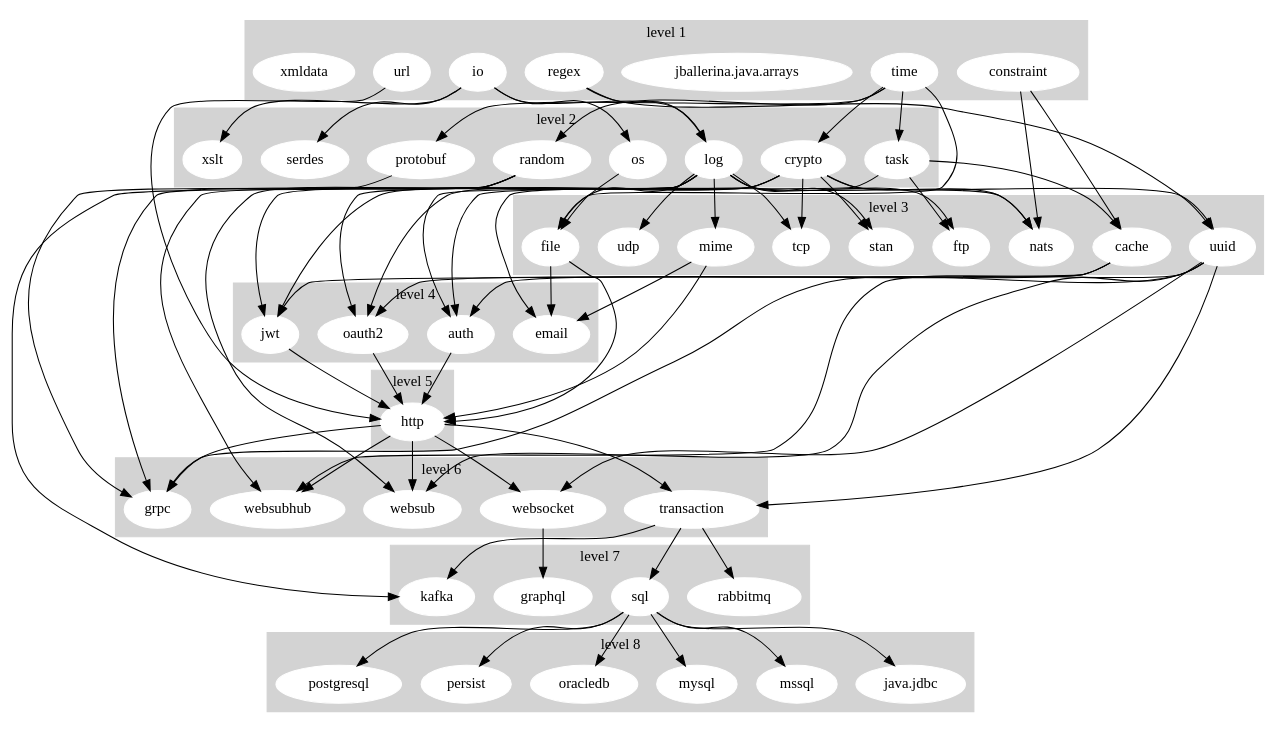
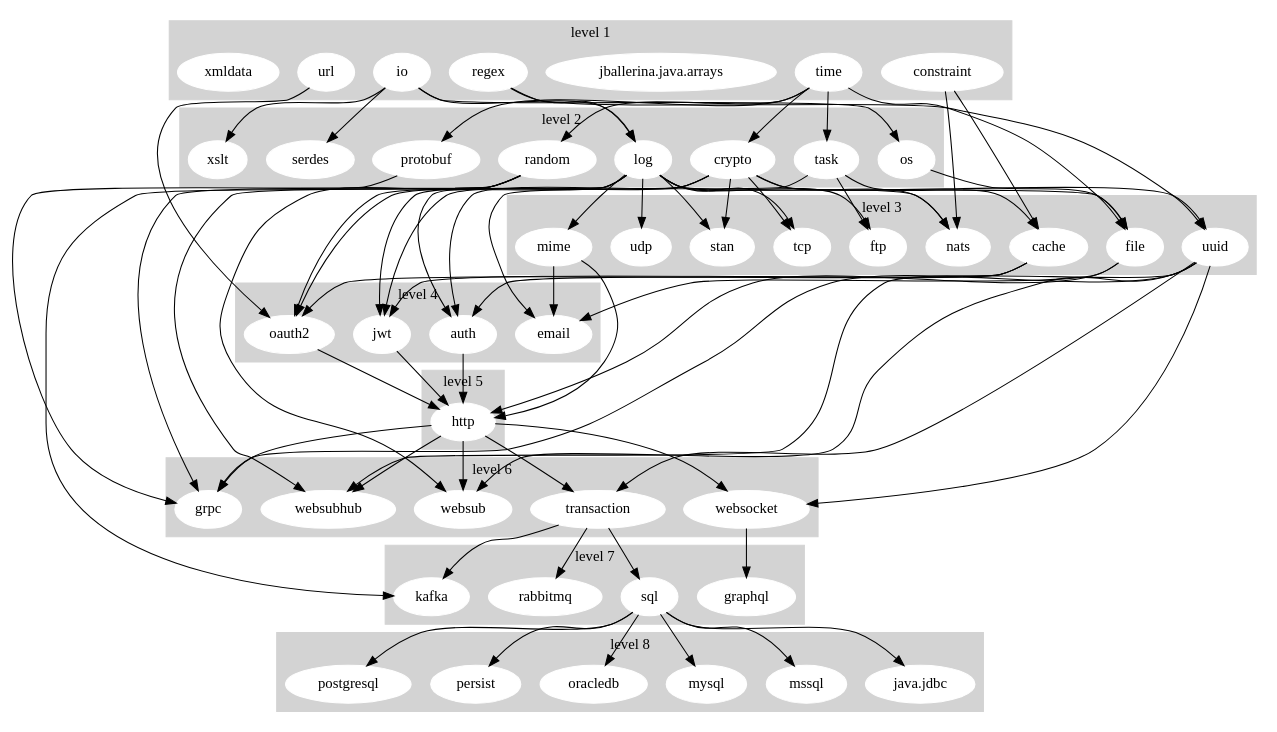
The diagram in dashboard/stdlib_graph.gv (ballerina-platform/ballerina-release), drawn with Graphviz before and after one commit.

Commit message:
[Automated] Update Stdlib Dependency Graph

```diff
--- a/dashboard/stdlib_graph.gv
+++ b/dashboard/stdlib_graph.gv
@@ -1,156 +1,156 @@
 digraph "Stdlib Dependency Graph" {
 	subgraph cluster_1 {
 		node [color=white style=filled]
 		color=lightgrey style=filled
 		constraint
 		io
 		"jballerina.java.arrays"
 		regex
 		time
 		url
 		xmldata
 		label="level 1"
 	}
 	subgraph cluster_2 {
 		node [color=white style=filled]
 		color=lightgrey style=filled
 		crypto
 		log
 		os
 		protobuf
 		random
 		serdes
 		task
 		xslt
 		label="level 2"
 	}
 	subgraph cluster_3 {
 		node [color=white style=filled]
 		color=lightgrey style=filled
 		cache
 		file
 		ftp
 		mime
 		nats
 		stan
 		tcp
 		udp
 		uuid
 		label="level 3"
 	}
 	subgraph cluster_4 {
 		node [color=white style=filled]
 		color=lightgrey style=filled
 		auth
 		email
 		jwt
 		oauth2
 		label="level 4"
 	}
 	subgraph cluster_5 {
 		node [color=white style=filled]
 		color=lightgrey style=filled
 		http
 		label="level 5"
 	}
 	subgraph cluster_6 {
 		node [color=white style=filled]
 		color=lightgrey style=filled
 		grpc
 		transaction
 		websocket
 		websub
 		websubhub
 		label="level 6"
 	}
 	subgraph cluster_7 {
 		node [color=white style=filled]
 		color=lightgrey style=filled
 		graphql
 		kafka
 		rabbitmq
 		sql
 		label="level 7"
 	}
 	subgraph cluster_8 {
 		node [color=white style=filled]
 		color=lightgrey style=filled
 		"java.jdbc"
 		mssql
 		mysql
 		oracledb
 		persist
 		postgresql
 		label="level 8"
 	}
 	constraint -> cache
 	constraint -> nats
 	io -> log
 	io -> os
 	io -> serdes
 	io -> xslt
 	regex -> log
 	regex -> uuid
 	time -> crypto
 	time -> file
 	time -> protobuf
 	time -> random
 	time -> task
-	url -> http
+	url -> oauth2
 	crypto -> auth
 	crypto -> jwt
 	crypto -> nats
 	crypto -> oauth2
 	crypto -> stan
 	crypto -> tcp
 	crypto -> uuid
 	log -> auth
 	log -> file
 	log -> ftp
 	log -> jwt
 	log -> mime
 	log -> nats
 	log -> oauth2
 	log -> stan
 	log -> tcp
 	log -> udp
 	os -> file
 	protobuf -> grpc
 	random -> grpc
 	random -> kafka
 	random -> websub
 	random -> websubhub
 	task -> cache
 	task -> email
 	task -> ftp
 	cache -> auth
 	cache -> jwt
 	cache -> oauth2
 	file -> email
 	file -> http
 	mime -> email
 	mime -> http
 	uuid -> grpc
 	uuid -> transaction
 	uuid -> websocket
 	uuid -> websub
 	uuid -> websubhub
 	auth -> http
 	jwt -> http
 	oauth2 -> http
 	http -> grpc
 	http -> transaction
 	http -> websocket
 	http -> websub
 	http -> websubhub
 	transaction -> kafka
 	transaction -> rabbitmq
 	transaction -> sql
 	websocket -> graphql
 	sql -> "java.jdbc"
 	sql -> mssql
 	sql -> mysql
 	sql -> oracledb
 	sql -> persist
 	sql -> postgresql
 }
```
